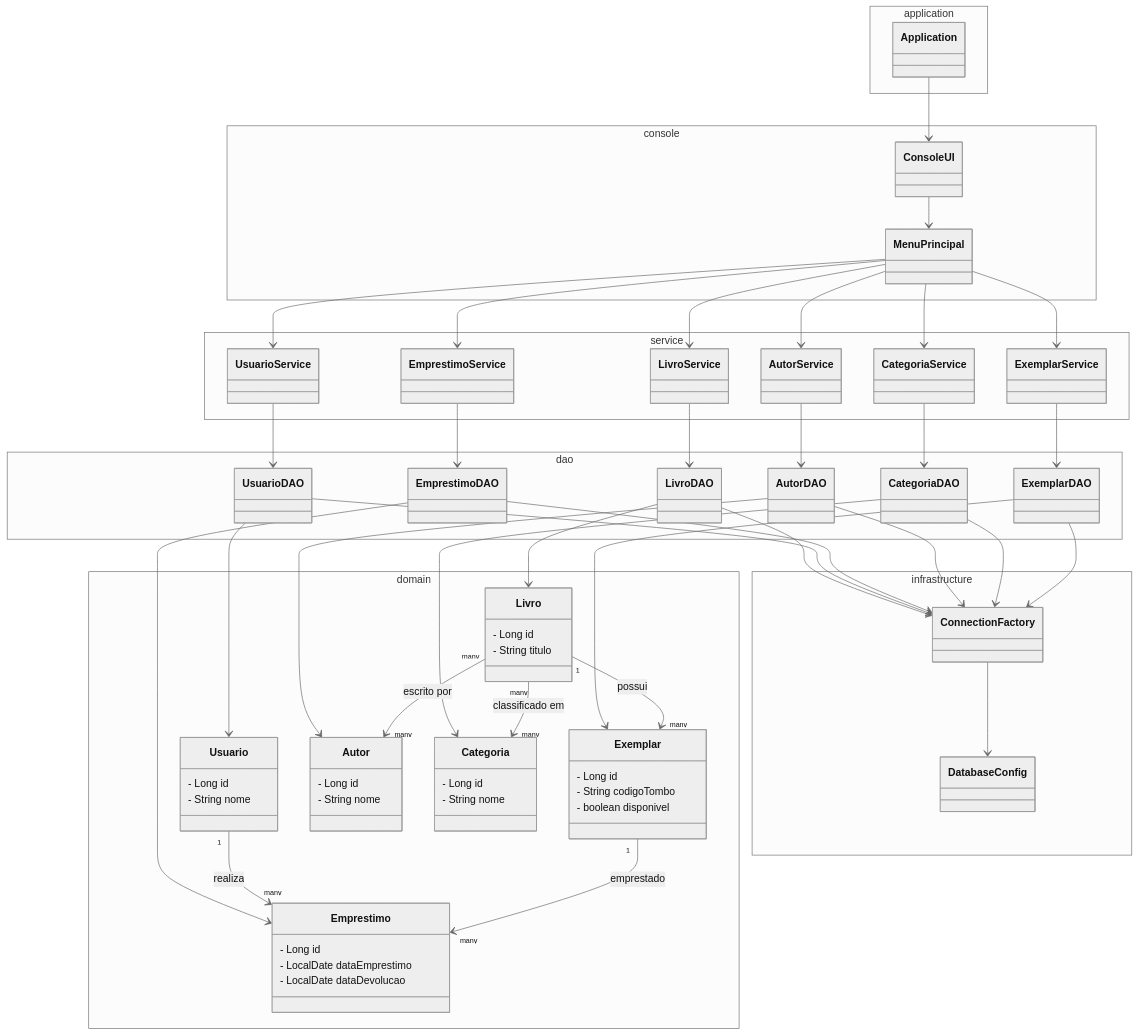
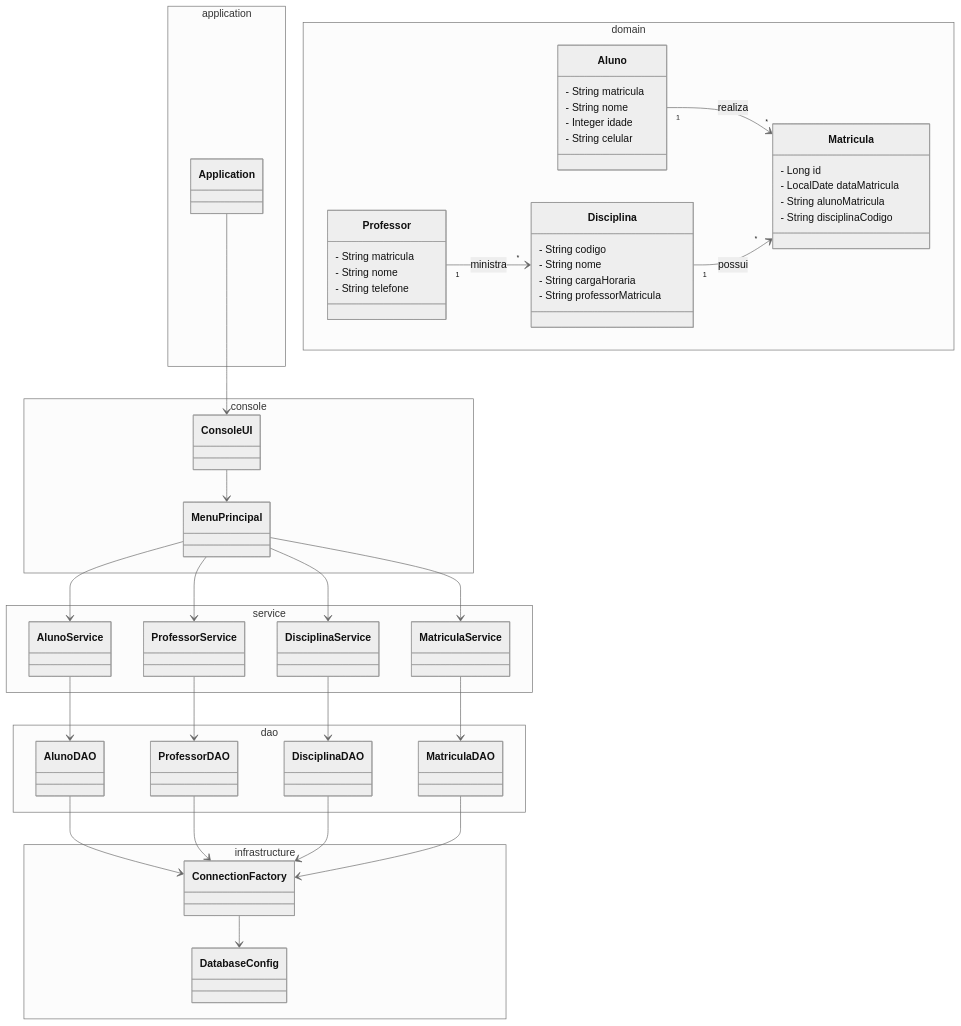
Before and after one commit to javajdk2023/j2: the second of 2 diagrams in README.md, drawn with Mermaid (neutral theme). The commit also changed other lines of this file, not shown here.

````diff
--- a/README.md
+++ b/README.md
@@ -662,133 +789,86 @@
 ```mermaid
 classDiagram
 
-%% =======================
-%% APPLICATION
-%% =======================
 namespace application {
     class Application
 }
 
-%% =======================
-%% CONSOLE
-%% =======================
 namespace console {
     class ConsoleUI
     class MenuPrincipal
 }
 
-%% =======================
-%% DOMAIN
-%% =======================
 namespace domain {
-    class Livro {
-        - Long id
-        - String titulo
+
+    class Aluno {
+        - String matricula
+        - String nome
+        - Integer idade
+        - String celular
     }
 
-    class Usuario {
-        - Long id
+    class Professor {
+        - String matricula
         - String nome
+        - String telefone
     }
 
-    class Emprestimo {
-        - Long id
-        - LocalDate dataEmprestimo
-        - LocalDate dataDevolucao
+    class Disciplina {
+        - String codigo
+        - String nome
+        - String cargaHoraria
+        - String professorMatricula
     }
 
-    class Exemplar {
+    class Matricula {
         - Long id
-        - String codigoTombo
-        - boolean disponivel
-    }
-
-    class Autor {
-        - Long id
-        - String nome
-    }
-
-    class Categoria {
-        - Long id
-        - String nome
+        - LocalDate dataMatricula
+        - String alunoMatricula
+        - String disciplinaCodigo
     }
 }
 
-%% =======================
-%% SERVICE
-%% =======================
 namespace service {
-    class LivroService
-    class UsuarioService
-    class EmprestimoService
-    class AutorService
-    class CategoriaService
-    class ExemplarService
+    class AlunoService
+    class ProfessorService
+    class DisciplinaService
+    class MatriculaService
 }
 
-%% =======================
-%% DAO
-%% =======================
 namespace dao {
-    class LivroDAO
-    class UsuarioDAO
-    class EmprestimoDAO
-    class AutorDAO
-    class CategoriaDAO
-    class ExemplarDAO
+    class AlunoDAO
+    class ProfessorDAO
+    class DisciplinaDAO
+    class MatriculaDAO
 }
 
-%% =======================
-%% INFRASTRUCTURE / DB
-%% =======================
 namespace infrastructure {
     class DatabaseConfig
     class ConnectionFactory
 }
 
-%% =======================
-%% RELACIONAMENTOS DE CAMADAS
-%% =======================
 Application --> ConsoleUI
 ConsoleUI --> MenuPrincipal
 
-MenuPrincipal --> LivroService
-MenuPrincipal --> UsuarioService
-MenuPrincipal --> EmprestimoService
-MenuPrincipal --> AutorService
-MenuPrincipal --> CategoriaService
-MenuPrincipal --> ExemplarService
+MenuPrincipal --> AlunoService
+MenuPrincipal --> ProfessorService
+MenuPrincipal --> DisciplinaService
+MenuPrincipal --> MatriculaService
 
-LivroService --> LivroDAO
-UsuarioService --> UsuarioDAO
-EmprestimoService --> EmprestimoDAO
-AutorService --> AutorDAO
-CategoriaService --> CategoriaDAO
-ExemplarService --> ExemplarDAO
+AlunoService --> AlunoDAO
+ProfessorService --> ProfessorDAO
+DisciplinaService --> DisciplinaDAO
+MatriculaService --> MatriculaDAO
 
-LivroDAO --> Livro
-UsuarioDAO --> Usuario
-EmprestimoDAO --> Emprestimo
-AutorDAO --> Autor
-CategoriaDAO --> Categoria
-ExemplarDAO --> Exemplar
-
-LivroDAO --> ConnectionFactory
-UsuarioDAO --> ConnectionFactory
-EmprestimoDAO --> ConnectionFactory
-AutorDAO --> ConnectionFactory
-CategoriaDAO --> ConnectionFactory
-ExemplarDAO --> ConnectionFactory
+AlunoDAO --> ConnectionFactory
+ProfessorDAO --> ConnectionFactory
+DisciplinaDAO --> ConnectionFactory
+MatriculaDAO --> ConnectionFactory
 
 ConnectionFactory --> DatabaseConfig
 
-%% =======================
-%% RELACIONAMENTOS DE DOMÍNIO
-%% =======================
-Livro "1" --> "many" Exemplar : possui
-Livro "many" --> "many" Autor : escrito por
-Livro "many" --> "many" Categoria : classificado em
+Professor "1" --> "*" Disciplina : ministra
 
-Usuario "1" --> "many" Emprestimo : realiza
-Exemplar "1" --> "many" Emprestimo : emprestado
+Aluno "1" --> "*" Matricula : realiza
+Disciplina "1" --> "*" Matricula : possui
 ```
````
